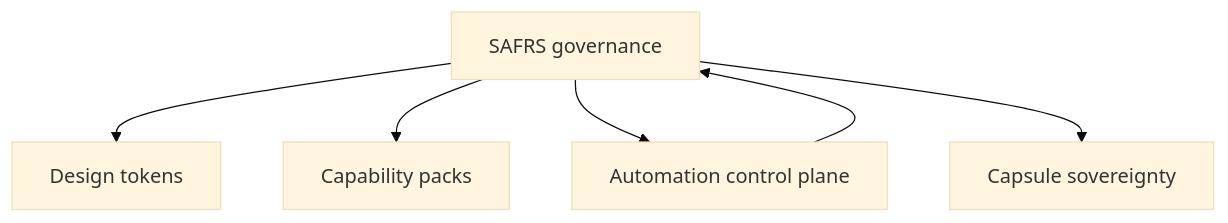
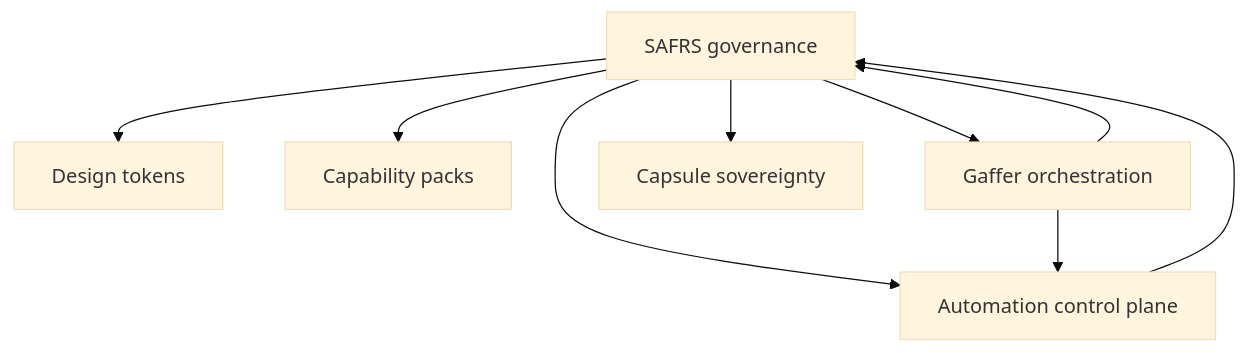
One commit to drferdi/Monorepo-safrs changed the diagram in sentrawiki/features/index.md. Above: the diagram before and after it, drawn with Mermaid (base theme). The commit also changed other lines of this file and 225 other files, not shown here.

````diff
--- a/sentrawiki/features/index.md
+++ b/sentrawiki/features/index.md
@@ -15,8 +16,11 @@
 ```mermaid
 flowchart TB
     GOV[SAFRS governance] --> TOKENS[Design tokens]
     GOV --> CAPS[Capability packs]
     GOV --> AUTO[Automation control plane]
+    GOV --> GAFFER[Gaffer orchestration]
     GOV --> SOV[Capsule sovereignty]
     AUTO --> GOV
+    GAFFER --> AUTO
+    GAFFER --> GOV
 ```
````
